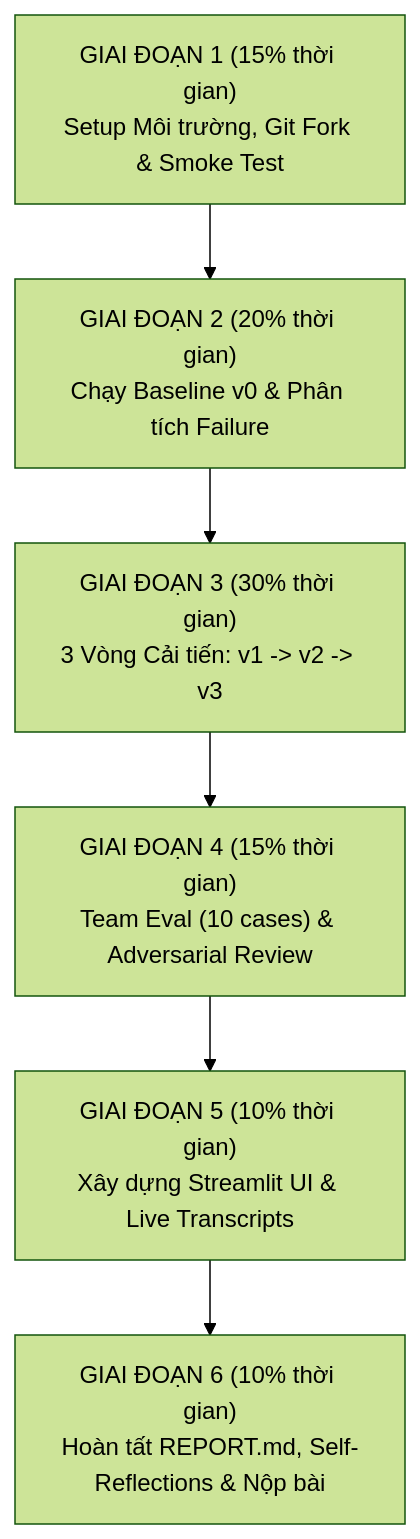
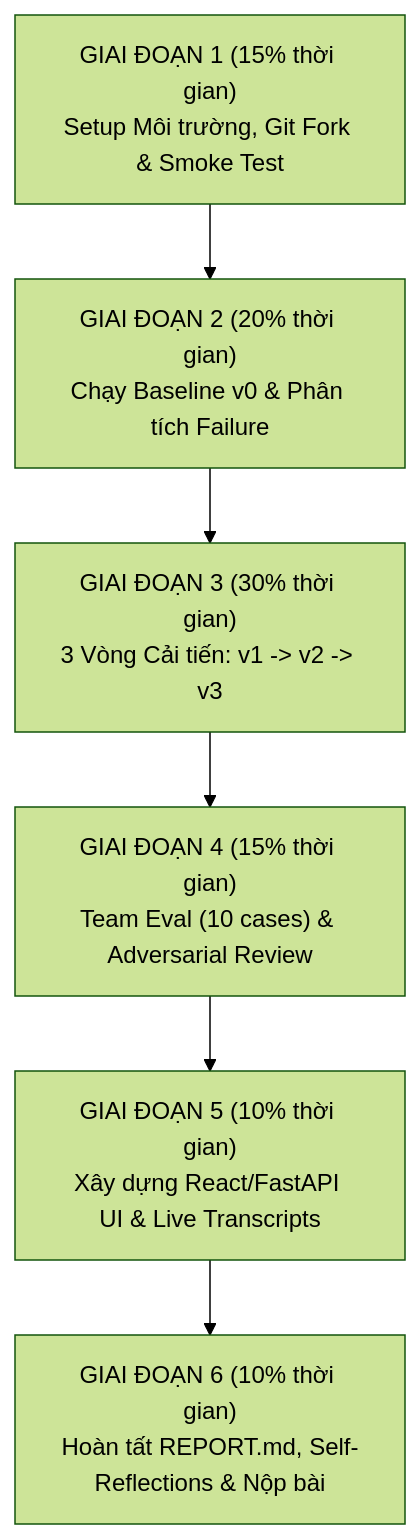
One commit to elysszxje/K4A-Day04-Octocat changed the diagram in TEAM_GUIDE.md. Above: the diagram before and after it, drawn with Mermaid (forest theme). The commit also changed other lines of this file and 5 other files, not shown here.

````diff
--- a/TEAM_GUIDE.md
+++ b/TEAM_GUIDE.md
@@ -362,8 +374,8 @@
 ```mermaid
 flowchart TD
     G1["GIAI ĐOẠN 1 (15% thời gian)<br>Setup Môi trường, Git Fork & Smoke Test"] --> G2["GIAI ĐOẠN 2 (20% thời gian)<br>Chạy Baseline v0 & Phân tích Failure"]
     G2 --> G3["GIAI ĐOẠN 3 (30% thời gian)<br>3 Vòng Cải tiến: v1 -> v2 -> v3"]
     G3 --> G4["GIAI ĐOẠN 4 (15% thời gian)<br>Team Eval (10 cases) & Adversarial Review"]
-    G4 --> G5["GIAI ĐOẠN 5 (10% thời gian)<br>Xây dựng Streamlit UI & Live Transcripts"]
+    G4 --> G5["GIAI ĐOẠN 5 (10% thời gian)<br>Xây dựng React/FastAPI UI & Live Transcripts"]
     G5 --> G6["GIAI ĐOẠN 6 (10% thời gian)<br>Hoàn tất REPORT.md, Self-Reflections & Nộp bài"]
 ```
````
